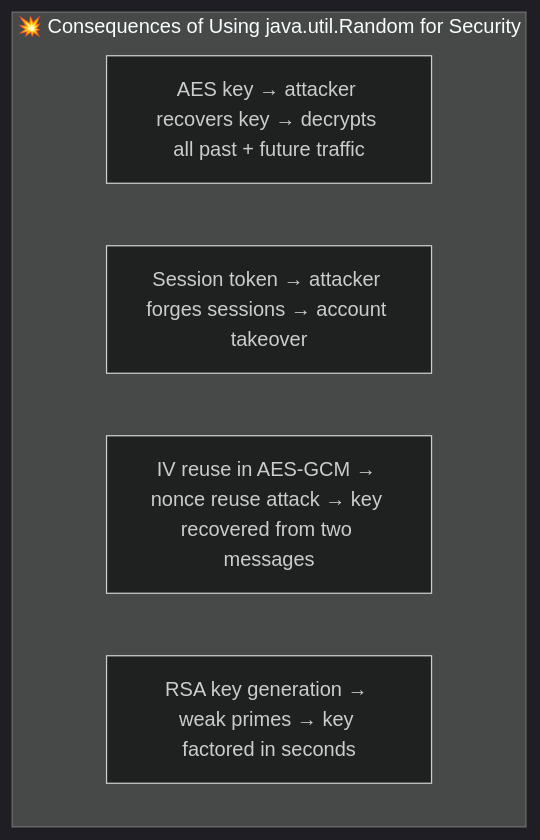
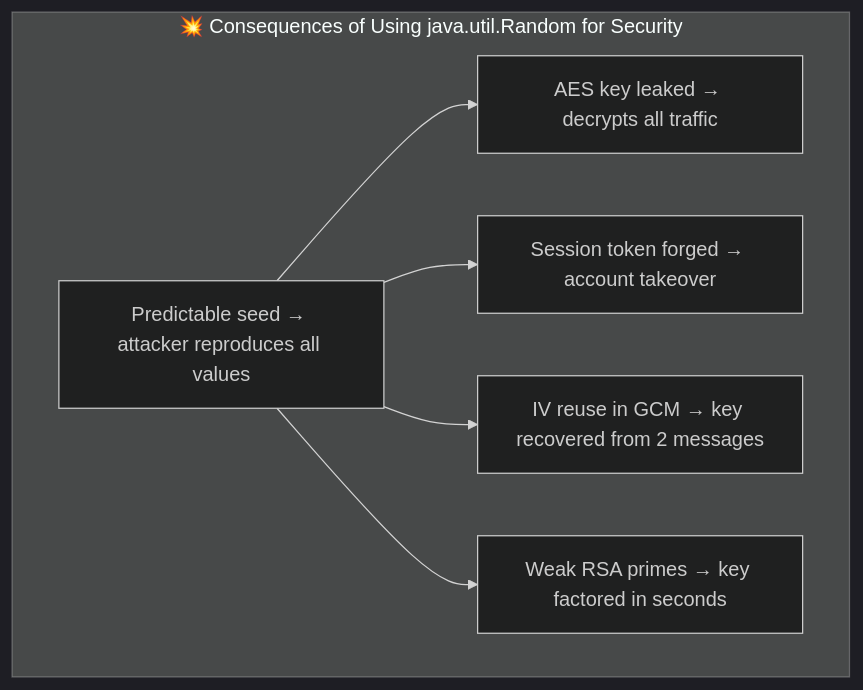
One commit to csoares/SecurityJava changed the fifth of 9 diagrams in src/main/java/security/attacks/README.md. Above: the diagram before and after it, drawn with Mermaid (dark theme). The commit also changed other lines of this file and 23 other files, not shown here.

Commit message:
Refine README diagrams and descriptions for clarity and accuracy

````diff
--- a/src/main/java/security/attacks/README.md
+++ b/src/main/java/security/attacks/README.md
@@ -101,9 +101,11 @@
 ```mermaid
 flowchart TD
     subgraph Impact ["💥 Consequences of Using java.util.Random for Security"]
-        I1["AES key → attacker recovers key → decrypts all past + future traffic"]
-        I2["Session token → attacker forges sessions → account takeover"]
-        I3["IV reuse in AES-GCM → nonce reuse attack → key recovered from two messages"]
-        I4["RSA key generation → weak primes → key factored in seconds"]
+        ROOT["Predictable seed → attacker reproduces all values"]
+        I1["AES key leaked → decrypts all traffic"]
+        I2["Session token forged → account takeover"]
+        I3["IV reuse in GCM → key recovered from 2 messages"]
+        I4["Weak RSA primes → key factored in seconds"]
+        ROOT --> I1 & I2 & I3 & I4
     end
 ```
````
